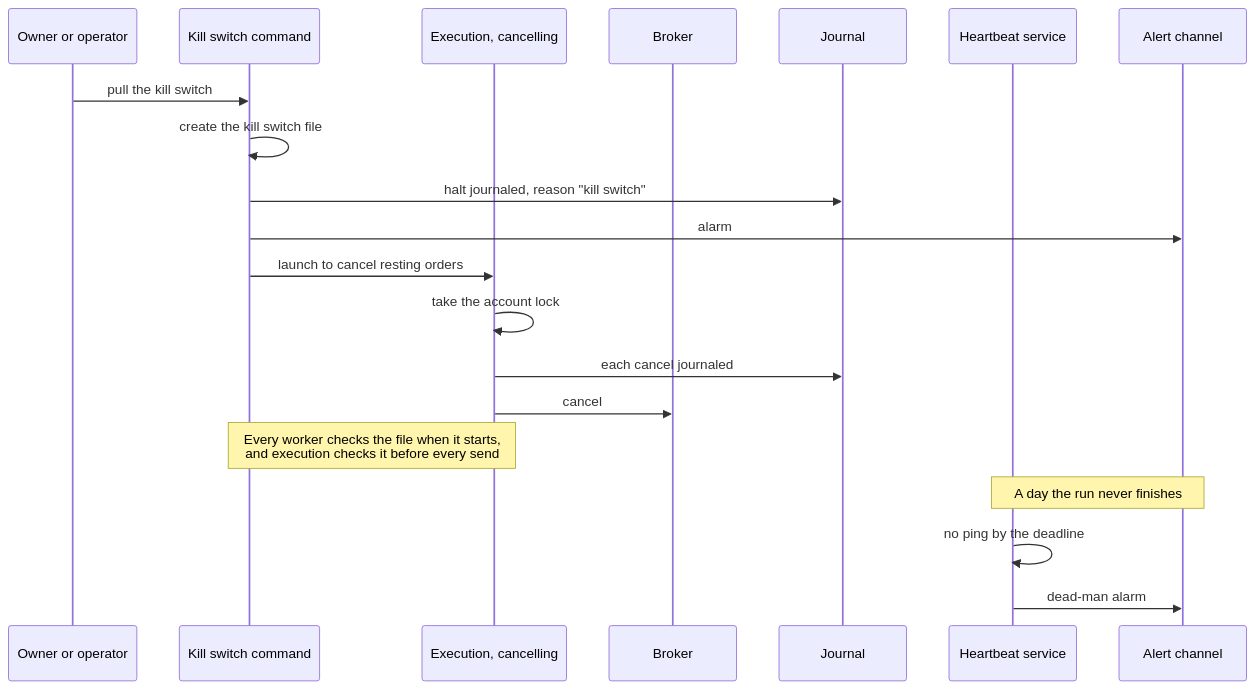
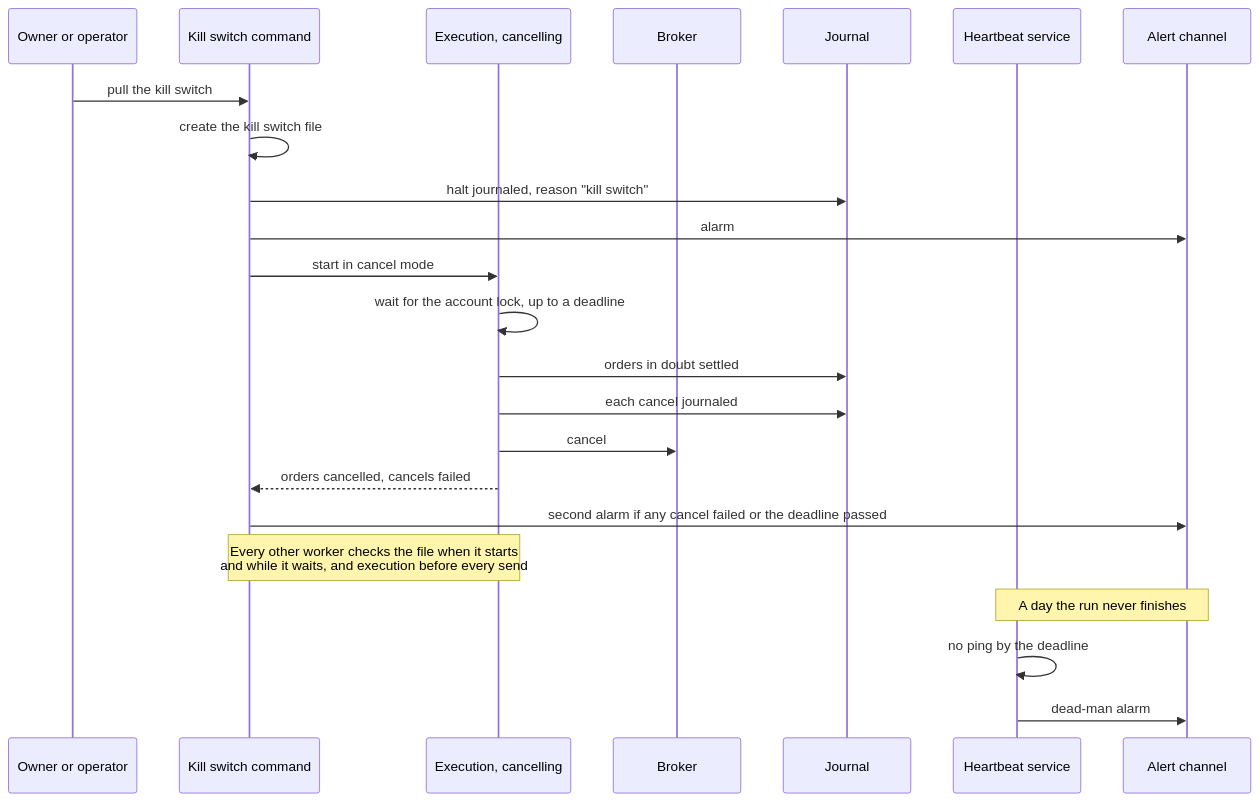
Before and after one commit to l3a0/ithildin-runtime: the ninth of 16 diagrams in docs/architecture.md, drawn with Mermaid. The commit also changed other lines of this file and 2 other files, not shown here.

First line of the commit message:
docs(architecture): fix what the review of the process revision found

````diff
--- a/docs/architecture.md
+++ b/docs/architecture.md
@@ -686,24 +727,27 @@
 ```mermaid
 sequenceDiagram
     participant P as Owner or operator
     participant K as Kill switch command
     participant X as Execution, cancelling
     participant B as Broker
     participant J as Journal
     participant H as Heartbeat service
     participant A as Alert channel
 
     P->>K: pull the kill switch
     K->>K: create the kill switch file
     K->>J: halt journaled, reason "kill switch"
     K->>A: alarm
-    K->>X: launch to cancel resting orders
-    X->>X: take the account lock
+    K->>X: start in cancel mode
+    X->>X: wait for the account lock, up to a deadline
+    X->>J: orders in doubt settled
     X->>J: each cancel journaled
     X->>B: cancel
-    Note over K,X: Every worker checks the file when it starts,<br/>and execution checks it before every send
+    X-->>K: orders cancelled, cancels failed
+    K->>A: second alarm if any cancel failed or the deadline passed
+    Note over K,X: Every other worker checks the file when it starts<br/>and while it waits, and execution before every send
 
     Note over H,A: A day the run never finishes
     H->>H: no ping by the deadline
     H->>A: dead-man alarm
 ```
````
